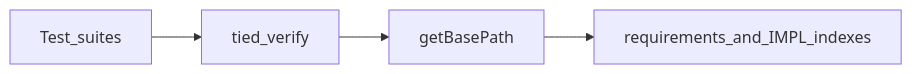
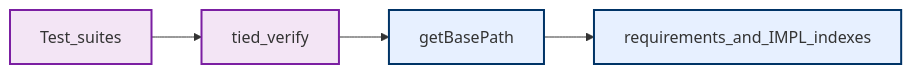
The eighth of 14 diagrams in docs/stdd-workflows.md (fareedst/tied), drawn with Mermaid before and after one commit. The commit also changed other lines of this file and 18 other files, not shown here.

First line of the commit message:
Add STDD vocab visual encoding registry and term color index.

````diff
--- a/docs/stdd-workflows.md
+++ b/docs/stdd-workflows.md
@@ -188,10 +212,13 @@
 ```mermaid
 flowchart LR
-  tests[Test_suites]
-  verify[tied_verify]
-  loader[getBasePath]
-  idx[requirements_and_IMPL_indexes]
+  %% palette: docs/visual-encoding-standards.md
+  classDef domEvidenceAssurance fill:#f3e5f5,stroke:#7b1fa2,stroke-width:2px
+  classDef domTiedCorpus fill:#e7f0ff,stroke:#003366,stroke-width:2px
+  tests[Test_suites]:::domEvidenceAssurance
+  verify[tied_verify]:::domEvidenceAssurance
+  loader[getBasePath]:::domTiedCorpus
+  idx[requirements_and_IMPL_indexes]:::domTiedCorpus
   tests --> verify
   verify --> loader
   loader --> idx
 ```
````
